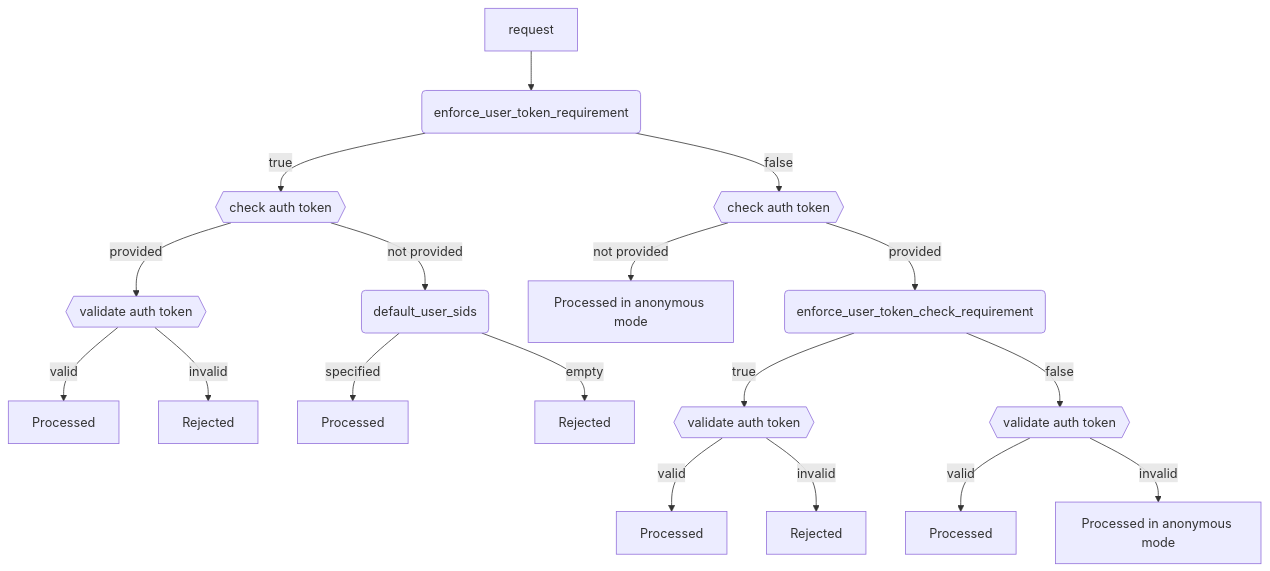
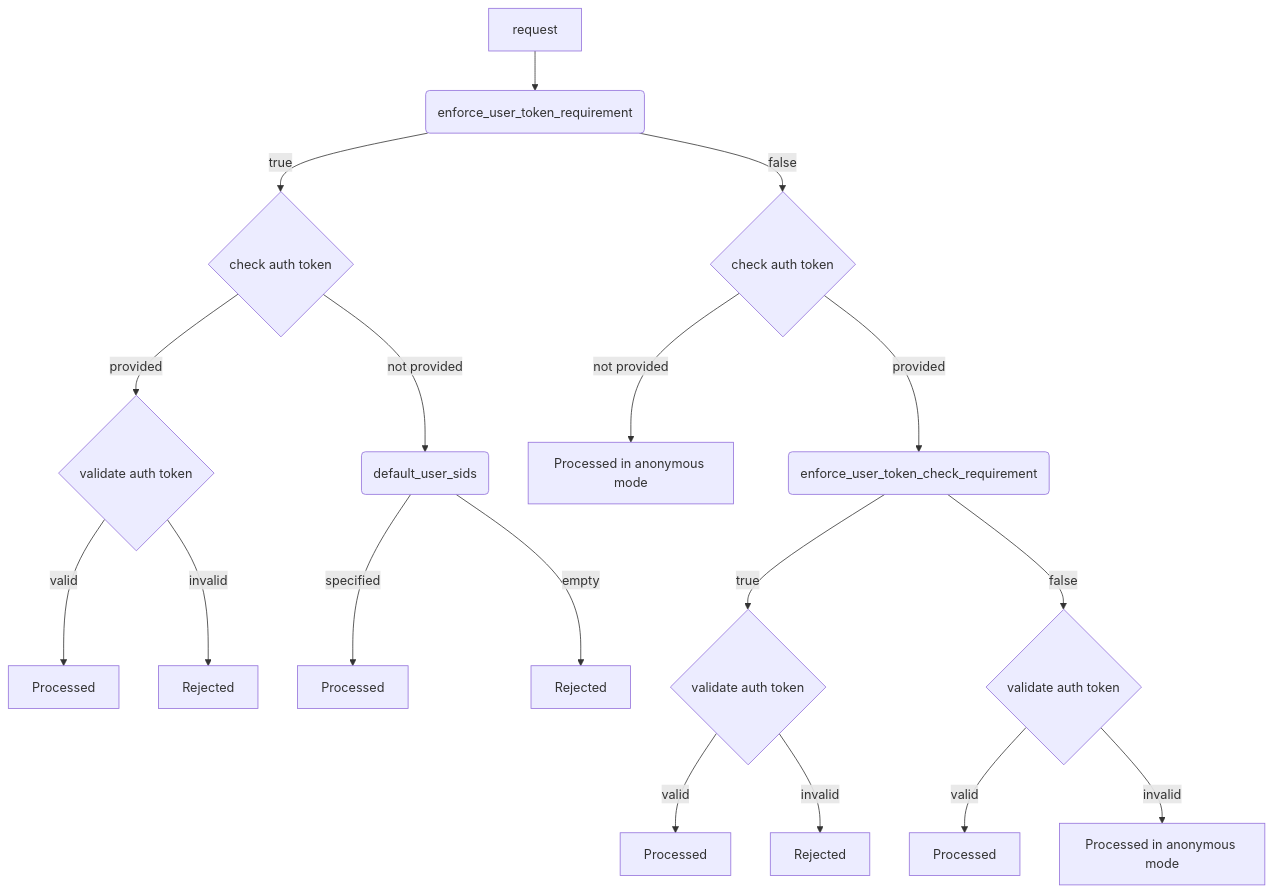
One commit to ydb-platform/ydb changed the diagram in ydb/docs/en/core/reference/configuration/security_config.md. Above: the diagram before and after it, drawn with Mermaid. The commit also changed 1 other file, not shown here.

Commit message:
Changed the diagram to work around the diplodoc bug

````diff
--- a/ydb/docs/en/core/reference/configuration/security_config.md
+++ b/ydb/docs/en/core/reference/configuration/security_config.md
@@ -87,32 +87,32 @@
 ```mermaid
 flowchart TD
     request --> enforce
 
-    enforce  --> |true| q1{{check auth token}}
+    enforce  --> |true| q1{check auth token}
 
-        q1 --> |provided| q11{{validate auth token}}
+        q1 --> |provided| q11{validate auth token}
 
             q11 --> |valid| p[Processed]
             q11 --> |invalid| r[Rejected]
 
         q1 --> |not provided| default
 
         default --> |specified| r2[Processed]
         default --> |empty| r3[Rejected]
 
-    enforce  --> |false| auth-token{{check auth token}}
+    enforce  --> |false| auth-token{check auth token}
 
         auth-token --> |not provided| anonym[Processed in anonymous mode]
         auth-token --> |provided| check
 
-            check --> |true| q2{{validate auth token}}
+            check --> |true| q2{validate auth token}
                 q2 --> |valid| r4[Processed]
                 q2 --> |invalid| r5[Rejected]
-            check --> |false| q3{{validate auth token}}
+            check --> |false| q3{validate auth token}
                 q3 --> |valid| r6[Processed]
                 q3 --> |invalid| r7[Processed in anonymous mode]
 
 default(default_user_sids)
 enforce(enforce_user_token_requirement)
 check(enforce_user_token_check_requirement)
 ```
````
